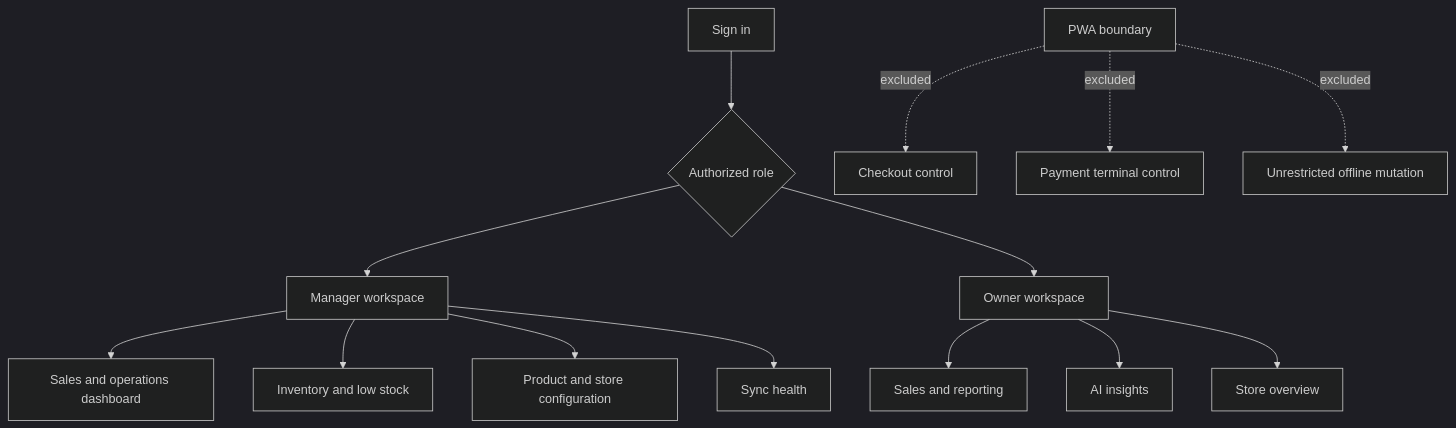
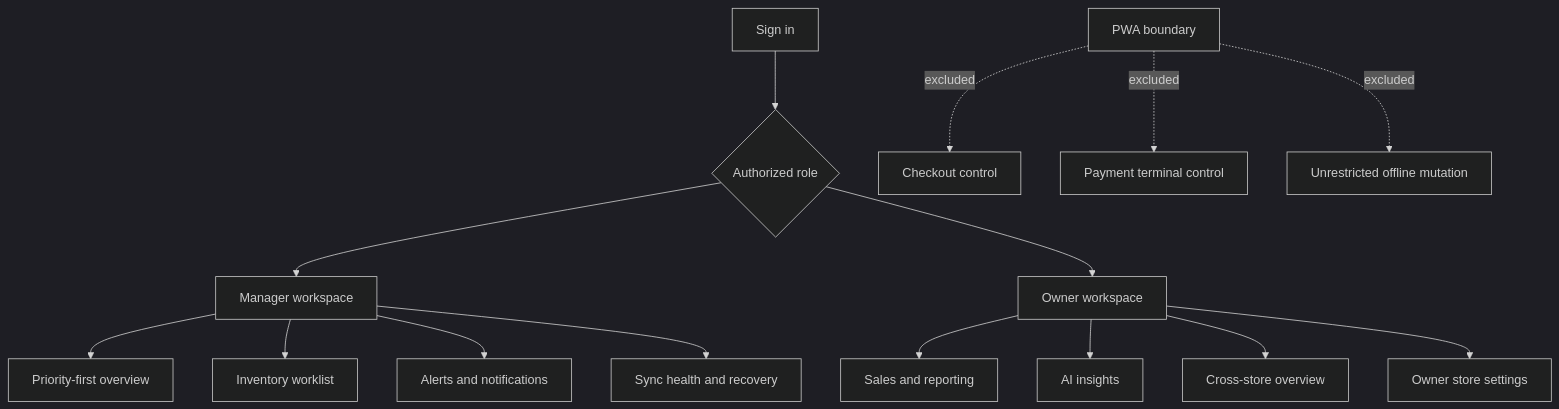
Before and after one commit to cdahal300/RetailPulse: the diagram in docs/architecture/diagrams/pwa-navigation.md, drawn with Mermaid (dark theme). The commit also changed other lines of this file and 4 other files, not shown here.

````diff
--- a/docs/architecture/diagrams/pwa-navigation.md
+++ b/docs/architecture/diagrams/pwa-navigation.md
@@ -7,16 +7,17 @@
 ```mermaid
 flowchart TB
     LOGIN[Sign in] --> ROLE{Authorized role}
     ROLE --> MANAGER[Manager workspace]
     ROLE --> OWNER[Owner workspace]
-    MANAGER --> DASH[Sales and operations dashboard]
-    MANAGER --> INV[Inventory and low stock]
-    MANAGER --> CONFIG[Product and store configuration]
-    MANAGER --> SYNC[Sync health]
+    MANAGER --> DASH[Priority-first overview]
+    MANAGER --> INV[Inventory worklist]
+    MANAGER --> ALERTS[Alerts and notifications]
+    MANAGER --> SYNC[Sync health and recovery]
     OWNER --> REPORTS[Sales and reporting]
     OWNER --> INSIGHTS[AI insights]
-    OWNER --> STORES[Store overview]
+    OWNER --> STORES[Cross-store overview]
+    OWNER --> CONFIG[Owner store settings]
     PWA[PWA boundary] -. excluded .-> CHECKOUT[Checkout control]
     PWA -. excluded .-> TERMINAL[Payment terminal control]
     PWA -. excluded .-> OFFLINE[Unrestricted offline mutation]
 ```
````
